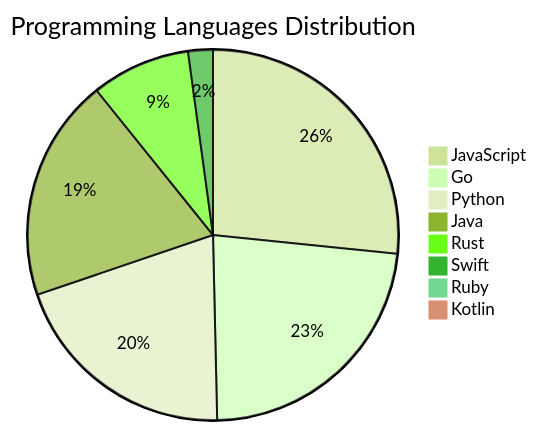
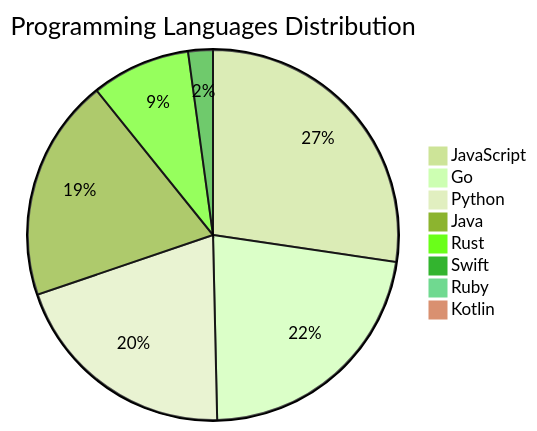
One commit to Derrick-MUGISHA/github-activity-bot changed the diagram in README.md. Above: the diagram before and after it, drawn with Mermaid (forest theme). The commit also changed other lines of this file and 4 other files, not shown here.

````diff
--- a/README.md
+++ b/README.md
@@ -209,11 +208,11 @@
 ```mermaid
 pie title Programming Languages Distribution
-    "JavaScript" : 37
-    "Go" : 32
+    "JavaScript" : 38
+    "Go" : 31
     "Python" : 28
     "Java" : 27
     "Rust" : 12
     "Swift" : 3
     "Ruby" : 1
     "Kotlin" : 1
 ```
````
